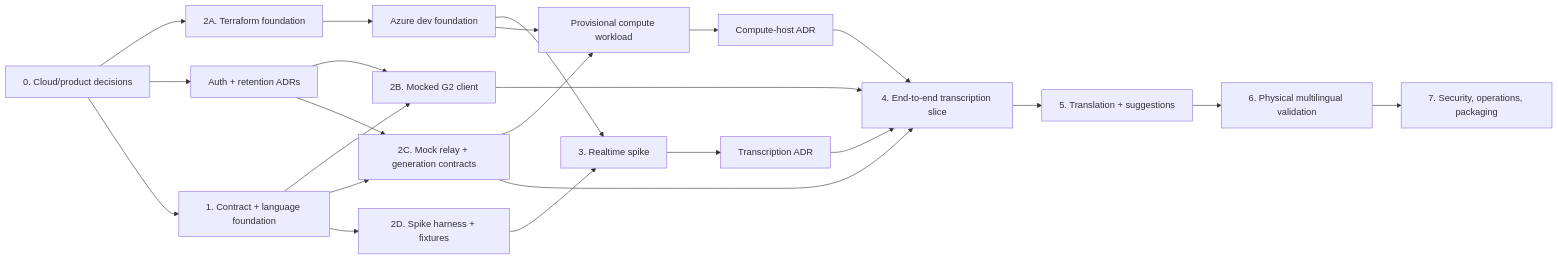
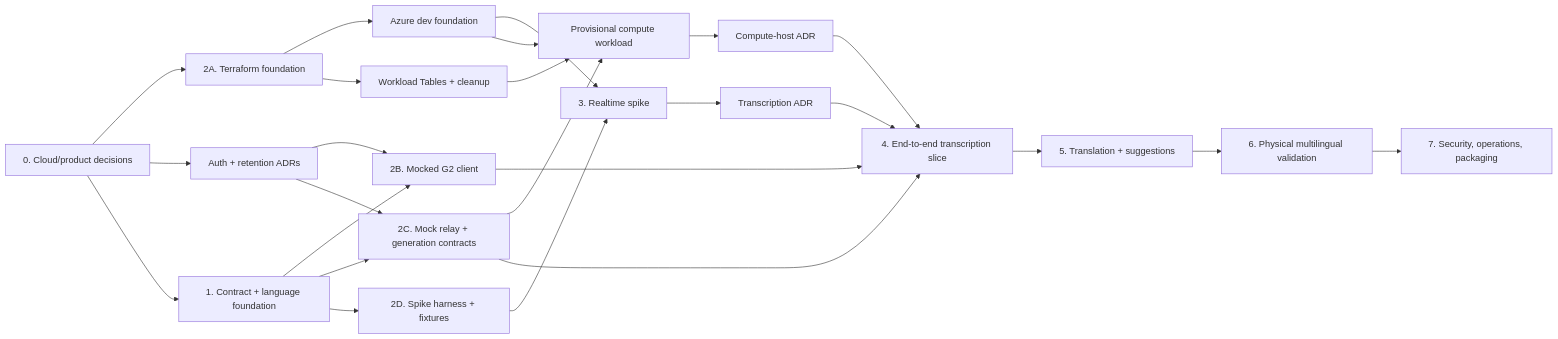
One commit to kyle-deprow/palancar changed the diagram in docs/implementation-plan.md. Above: the diagram before and after it, drawn with Mermaid. The commit also changed other lines of this file and 9 other files, not shown here.

Commit message:
docs: freeze Phase 0 architecture decisions

````diff
--- a/docs/implementation-plan.md
+++ b/docs/implementation-plan.md
@@ -316,25 +382,27 @@
 ```mermaid
 flowchart LR
     D[0. Cloud/product decisions] --> I[2A. Terraform foundation]
     D --> U[Auth + retention ADRs]
     D --> F[1. Contract + language foundation]
     F --> C[2B. Mocked G2 client]
     U --> C
     F --> R[2C. Mock relay + generation contracts]
     U --> R
     F --> H[2D. Spike harness + fixtures]
     I --> A[Azure dev foundation]
+    I --> W[Workload Tables + cleanup]
+    W --> Q[Provisional compute workload]
     A --> S[3. Realtime spike]
     H --> S
     S --> T[Transcription ADR]
-    A --> Q[Provisional compute workload]
+    A --> Q
     R --> Q
     Q --> K[Compute-host ADR]
     C --> V[4. End-to-end transcription slice]
     R --> V
     T --> V
     K --> V
     V --> G[5. Translation + suggestions]
     G --> P[6. Physical multilingual validation]
     P --> X[7. Security, operations, packaging]
 ```
````
